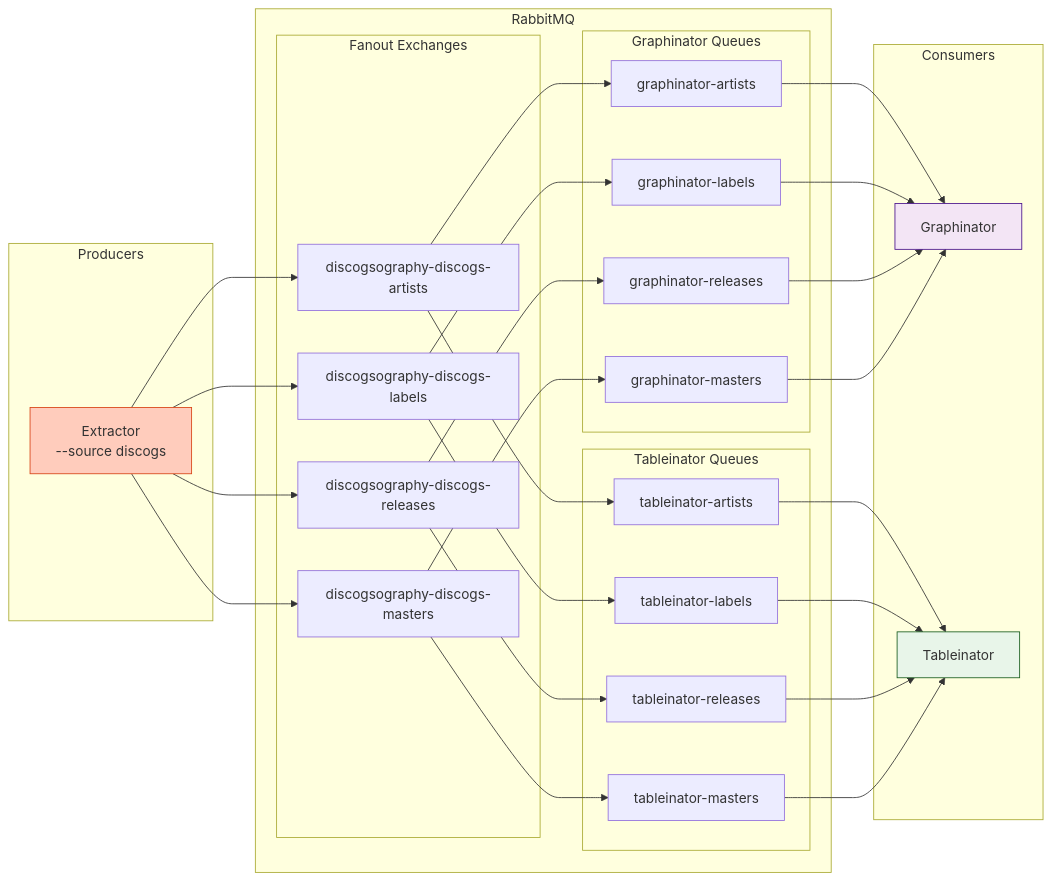
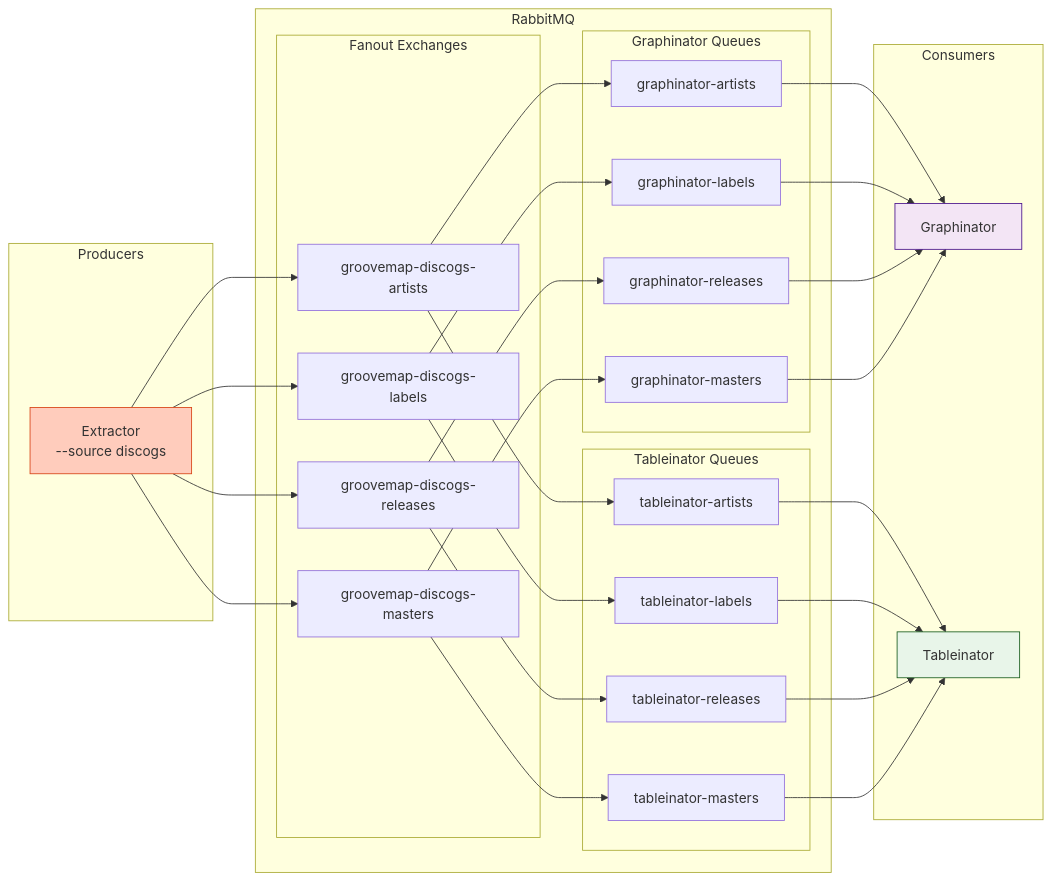
One commit to groovemap-music/deployment changed the fifth of 6 diagrams in docs/architecture.md. Above: the diagram before and after it, drawn with Mermaid. The commit also changed other lines of this file and 49 other files, not shown here.

````diff
--- a/docs/architecture.md
+++ b/docs/architecture.md
@@ -649,48 +653,48 @@
 ```mermaid
 graph LR
     subgraph Producers
         EXT[Extractor<br/>--source discogs]
     end
 
     subgraph RabbitMQ
         subgraph Fanout Exchanges
-            AX[discogsography-discogs-artists]
-            LX[discogsography-discogs-labels]
-            RX[discogsography-discogs-releases]
-            MX[discogsography-discogs-masters]
+            AX[groovemap-discogs-artists]
+            LX[groovemap-discogs-labels]
+            RX[groovemap-discogs-releases]
+            MX[groovemap-discogs-masters]
         end
 
         subgraph Graphinator Queues
             GAQ[graphinator-artists]
             GLQ[graphinator-labels]
             GRQ[graphinator-releases]
             GMQ[graphinator-masters]
         end
 
         subgraph Tableinator Queues
             TAQ[tableinator-artists]
             TLQ[tableinator-labels]
             TRQ[tableinator-releases]
             TMQ[tableinator-masters]
         end
     end
 
     subgraph Consumers
         GRAPH[Graphinator]
         TABLE[Tableinator]
     end
 
     EXT --> AX & LX & RX & MX
 
     AX --> GAQ & TAQ
     LX --> GLQ & TLQ
     RX --> GRQ & TRQ
     MX --> GMQ & TMQ
 
     GAQ & GLQ & GRQ & GMQ --> GRAPH
     TAQ & TLQ & TRQ & TMQ --> TABLE
 
     style EXT fill:#ffccbc,stroke:#d84315
     style GRAPH fill:#f3e5f5,stroke:#4a148c
     style TABLE fill:#e8f5e9,stroke:#1b5e20
 ```
````
